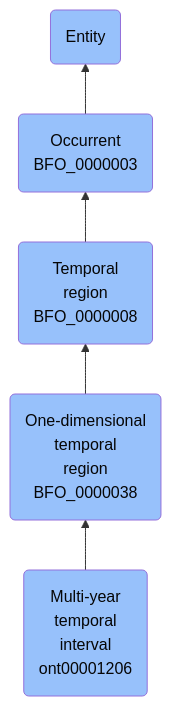
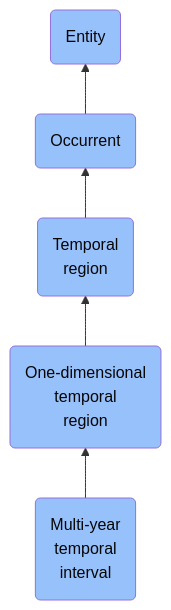
One commit to jupyter-naas/abi changed the diagram in docs/ontology/reference/model/Entity/Occurrent/Temporal region/One-dimensional temporal region/Multi-year temporal interval/Multi-year temporal interval.md. Above: the diagram before and after it, drawn with Mermaid. The commit also changed other lines of this file and 1430 other files, not shown here.

````diff
--- a/docs/ontology/reference/model/Entity/Occurrent/Temporal region/One-dimensional temporal region/Multi-year temporal interval/Multi-year temporal interval.md
+++ b/docs/ontology/reference/model/Entity/Occurrent/Temporal region/One-dimensional temporal region/Multi-year temporal interval/Multi-year temporal interval.md
@@ -24,12 +24,12 @@
 ```mermaid
 graph BT
-    ont00001206(Multi-year<br>temporal<br>interval<br>ont00001206):::BFO-->BFO_0000038
-    BFO_0000038(One-dimensional<br>temporal<br>region<br>BFO_0000038):::BFO-->BFO_0000008
-    BFO_0000008(Temporal<br>region<br>BFO_0000008):::BFO-->BFO_0000003
-    BFO_0000003(Occurrent<br>BFO_0000003):::BFO-->BFO_0000001
+    ont00001206(Multi-year<br>temporal<br>interval):::BFO-->BFO_0000038
+    BFO_0000038(One-dimensional<br>temporal<br>region):::BFO-->BFO_0000008
+    BFO_0000008(Temporal<br>region):::BFO-->BFO_0000003
+    BFO_0000003(Occurrent):::BFO-->BFO_0000001
     BFO_0000001(Entity):::BFO
     
     classDef BFO fill:#97c1fb,color:#060606
     classDef CCO fill:#e4c51e,color:#060606
     classDef ABI fill:#48DD82,color:#060606
 ```
````
